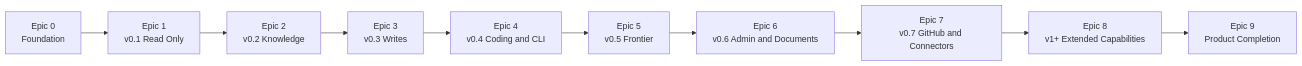
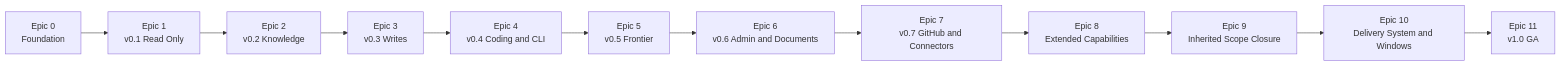
Before and after one commit to AaronNHorvitz/AgentMage: the fifth of 6 diagrams in PRD.md, drawn with Mermaid. The commit also changed other lines of this file and 32 other files, not shown here.

Commit message:
Expand first GA delivery and Windows plan

````diff
--- a/PRD.md
+++ b/PRD.md
@@ -406,12 +412,14 @@
 ```mermaid
 flowchart LR
     F["Epic 0<br/>Foundation"] --> R1["Epic 1<br/>v0.1 Read Only"]
     R1 --> R2["Epic 2<br/>v0.2 Knowledge"]
     R2 --> R3["Epic 3<br/>v0.3 Writes"]
     R3 --> R4["Epic 4<br/>v0.4 Coding and CLI"]
     R4 --> R5["Epic 5<br/>v0.5 Frontier"]
     R5 --> R6["Epic 6<br/>v0.6 Admin and Documents"]
     R6 --> R7["Epic 7<br/>v0.7 GitHub and Connectors"]
-    R7 --> R8["Epic 8<br/>v1+ Extended Capabilities"]
-    R8 --> C["Epic 9<br/>Product Completion"]
+    R7 --> R8["Epic 8<br/>Extended Capabilities"]
+    R8 --> C["Epic 9<br/>Inherited Scope Closure"]
+    C --> D["Epic 10<br/>Delivery System and Windows"]
+    D --> G["Epic 11<br/>v1.0 GA"]
 ```
````
